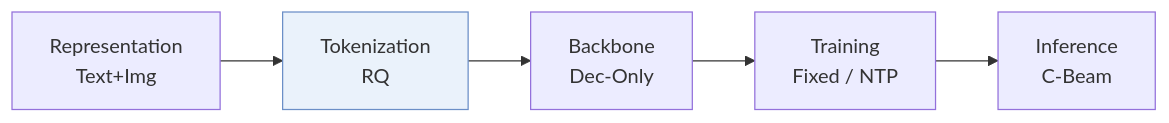
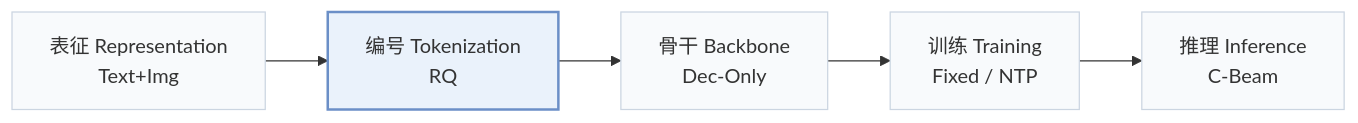
Before and after one commit to Galaxy-ghost/Awesome-SID-Generative-Rec: the first of 2 diagrams in pages/zh/papers/adasid.md, drawn with Mermaid. The commit also changed other lines of this file and 649 other files, not shown here.

Commit message:
writer-05: also tags and modality index (schema, check, build, visuals); summary field removed; calibration data for 12 papers

````diff
--- a/pages/zh/papers/adasid.md
+++ b/pages/zh/papers/adasid.md
@@ -13,6 +15,8 @@
 ```mermaid
 flowchart LR
-    R["Representation<br/>Text+Img"] --> T["Tokenization<br/>RQ"] --> B["Backbone<br/>Dec-Only"] --> TR["Training<br/>Fixed / NTP"] --> I["Inference<br/>C-Beam"]
-    classDef main fill:#eaf2fb,stroke:#6b8fc7
+    R["表征 Representation<br/>Text+Img"] --> T["编号 Tokenization<br/>RQ"] --> B["骨干 Backbone<br/>Dec-Only"] --> TR["训练 Training<br/>Fixed / NTP"] --> I["推理 Inference<br/>C-Beam"]
+    classDef base fill:#f8fafc,stroke:#cbd5e1
+    class R,T,B,TR,I base
+    classDef main fill:#eaf2fb,stroke:#6b8fc7,stroke-width:2px
     class T main
 ```
````
